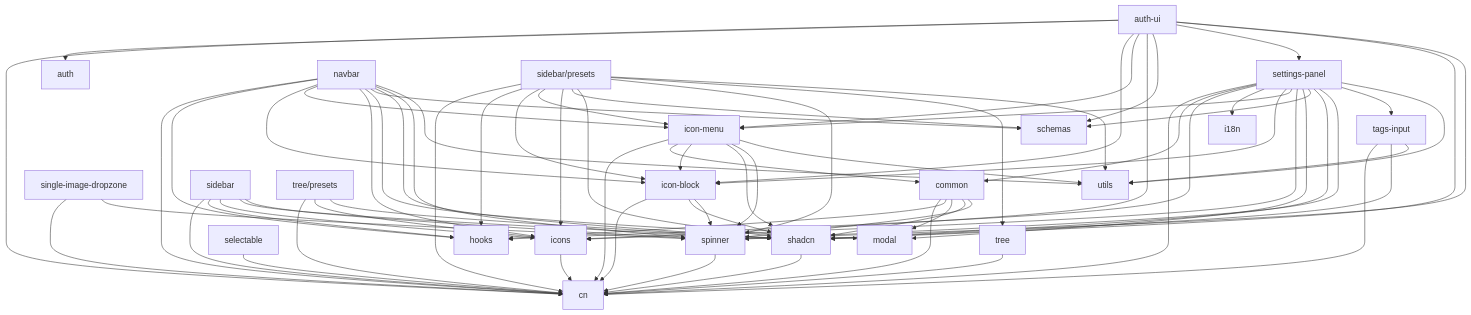
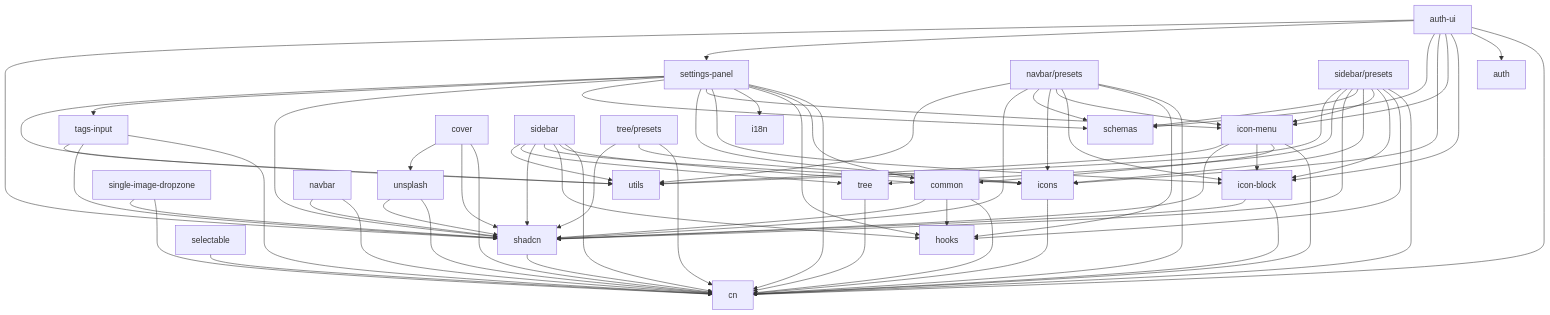
Before and after one commit to steeeee0223/notion-kit: the diagram in package-dependencies.md, drawn with Mermaid. The commit also changed other lines of this file and 237 other files, not shown here.

````diff
--- a/package-dependencies.md
+++ b/package-dependencies.md
@@ -9,23 +9,20 @@
     utils[utils]
     hooks[hooks]
     schemas[schemas]
-    modal[modal]
     i18n[i18n]
     auth[auth]
     
     %% Level 1 - depends on base packages
     icons --> cn
-    spinner --> cn
     selectable --> cn
     shadcn --> cn
     
     %% Level 2 - depends on Level 1
     single-image-dropzone --> cn
-    single-image-dropzone --> spinner
+    single-image-dropzone --> shadcn
     
     icon-block --> cn
     icon-block --> shadcn
-    icon-block --> spinner
     
     tags-input --> cn
     tags-input --> shadcn
@@ -33,9 +30,10 @@
     
     common --> cn
     common --> hooks
-    common --> modal
     common --> shadcn
-    common --> spinner
+        
+    navbar --> cn
+    navbar --> shadcn
     
     %% Level 3 - depends on Level 2
     tree --> cn
@@ -44,8 +42,14 @@
     icon-menu --> common
     icon-menu --> icon-block
     icon-menu --> shadcn
-    icon-menu --> spinner
     icon-menu --> utils
+    
+    unsplash --> cn
+    unsplash --> shadcn
+    
+    cover --> cn
+    cover --> shadcn
+    cover --> unsplash
     
     settings-panel --> cn
     settings-panel --> common
@@ -54,23 +58,10 @@
     settings-panel --> icon-block
     settings-panel --> icon-menu
     settings-panel --> icons
-    settings-panel --> modal
     settings-panel --> schemas
     settings-panel --> shadcn
-    settings-panel --> spinner
     settings-panel --> tags-input
     settings-panel --> utils
-    
-    navbar --> cn
-    navbar --> hooks
-    navbar --> icon-block
-    navbar --> icon-menu
-    navbar --> icons
-    navbar --> modal
-    navbar --> schemas
-    navbar --> shadcn
-    navbar --> spinner
-    navbar --> utils
     
     auth-ui --> cn
     auth-ui --> auth
@@ -80,19 +71,30 @@
     auth-ui --> schemas
     auth-ui --> settings-panel
     auth-ui --> shadcn
-    auth-ui --> spinner
     
     %% Level 4 - depends on Level 3
     sidebar --> cn
+    sidebar --> common
     sidebar --> hooks
     sidebar --> icons
     sidebar --> shadcn
-    sidebar --> spinner
+    sidebar --> tree
+    sidebar --> utils
     
     %% tree/presets subpackage (virtual node for documentation)
     tree-presets[tree/presets] --> cn
     tree-presets --> icons
     tree-presets --> shadcn
+
+    %% navbar/presets subpackage (virtual node for documentation)
+    navbar/presets[navbar/presets] --> cn
+    navbar/presets --> hooks
+    navbar/presets --> icon-block
+    navbar/presets --> icon-menu
+    navbar/presets --> icons
+    navbar/presets --> schemas
+    navbar/presets --> shadcn
+    navbar/presets --> utils
     
     %% sidebar/presets subpackage (virtual node for documentation)
     sidebar-presets[sidebar/presets] --> cn
@@ -102,7 +104,6 @@
     sidebar-presets --> icons
     sidebar-presets --> schemas
     sidebar-presets --> shadcn
-    sidebar-presets --> spinner
     sidebar-presets --> tree
     sidebar-presets --> utils
 ```
````
